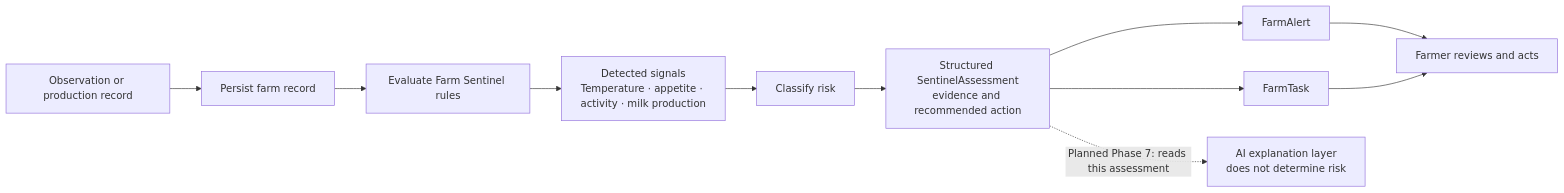
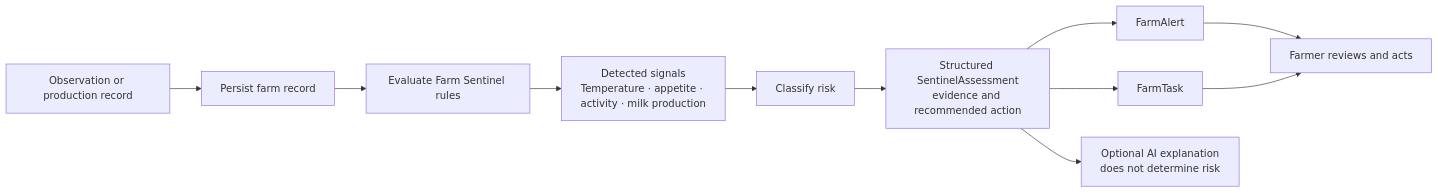
Before and after one commit to gethsun1/mavuno: the first of 2 diagrams in README.md, drawn with Mermaid. The commit also changed other lines of this file and 1 other file, not shown here.

````diff
--- a/README.md
+++ b/README.md
@@ -13,13 +13,13 @@
 ```mermaid
 flowchart LR
   Observation["Observation or production record"] --> Persist["Persist farm record"]
   Persist --> Evaluate["Evaluate Farm Sentinel rules"]
   Evaluate --> Signals["Detected signals<br/>Temperature · appetite · activity · milk production"]
   Signals --> Risk["Classify risk"]
   Risk --> Assessment["Structured SentinelAssessment<br/>evidence and recommended action"]
   Assessment --> Alert["FarmAlert"]
   Assessment --> Task["FarmTask"]
   Alert --> Farmer["Farmer reviews and acts"]
   Task --> Farmer
-  Assessment -. "Planned Phase 7: reads this assessment" .-> Explanation["AI explanation layer<br/>does not determine risk"]
+  Assessment --> Explanation["Optional AI explanation<br/>does not determine risk"]
 ```
````
